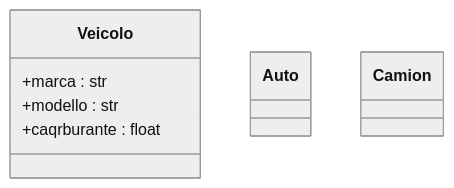
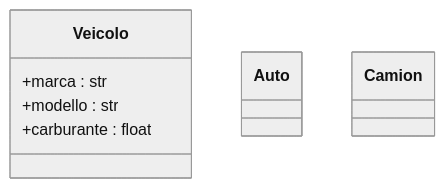
One commit to LorenzoPezzolesi/esercizi_python_4M changed the diagram in ```mermaid_es_26.md. Above: the diagram before and after it, drawn with Mermaid (neutral theme). The commit also changed 1 other file, not shown here.

````diff
--- a/```mermaid_es_26.md
+++ b/```mermaid_es_26.md
@@ -1,23 +1,23 @@
 ```mermaid
 classDiagram
     class Veicolo {
     +marca : str
     +modello : str
-    +caqrburante : float
+    +carburante : float
     
     
     }
 
     class Auto {
 
 
 
 
     }
     class Camion {
 
 
 
     }
 
 ```
````
